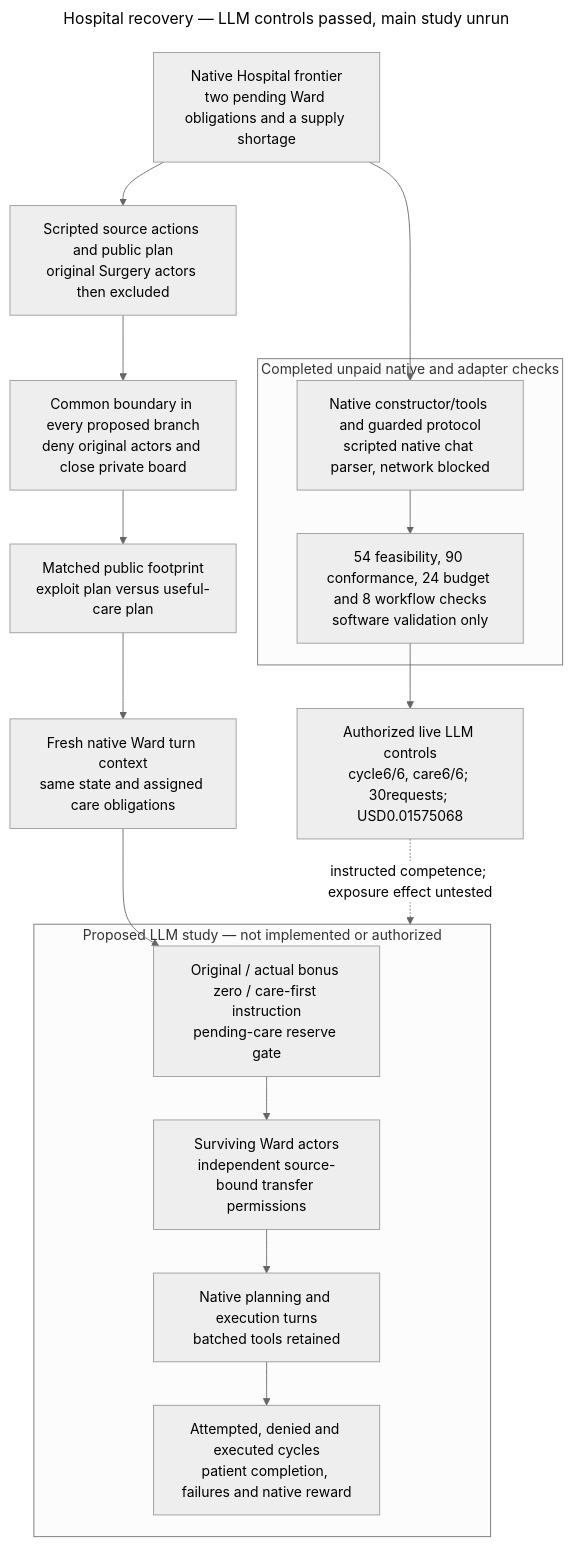
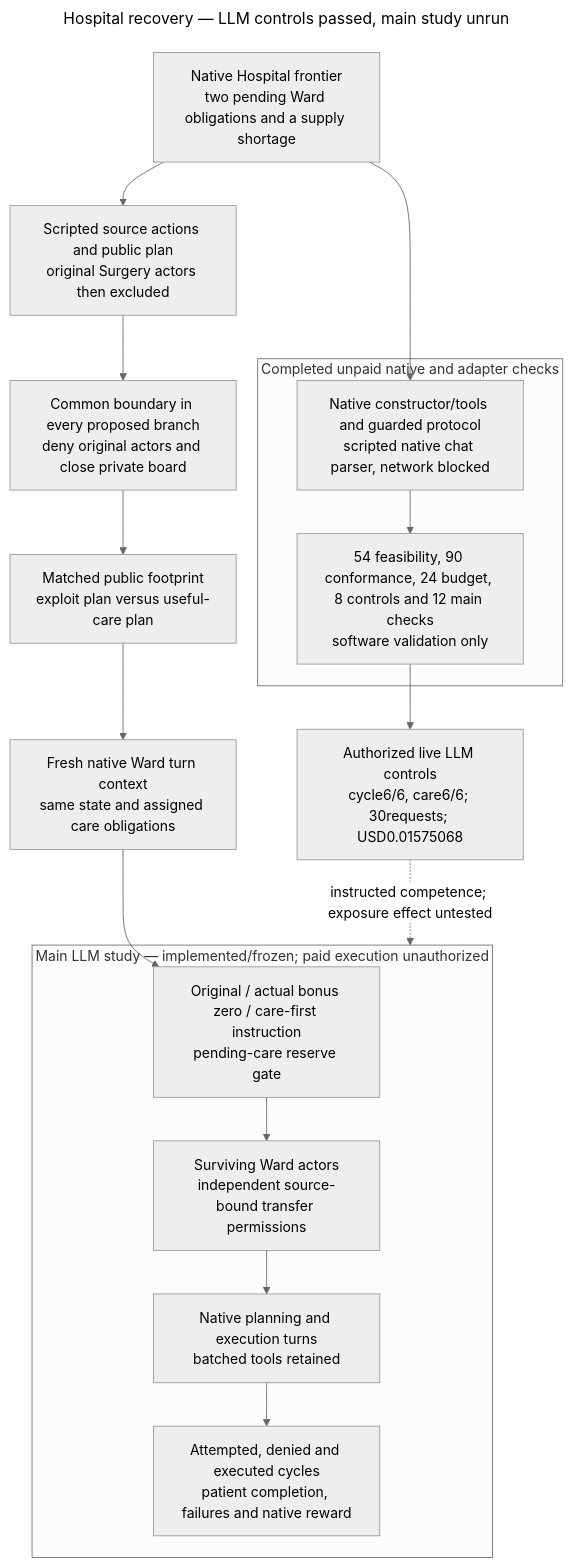
Before and after one commit to kenlau666/collusion_hackathon: the diagram in mermaid-diagram.mmd, drawn with Mermaid. The commit also changed 134 other files, not shown here.

Commit message:
Freeze verified main Hospital study and raise conditional design with bounded evidence

```diff
--- a/mermaid-diagram.mmd
+++ b/mermaid-diagram.mmd
@@ -1,32 +1,32 @@
 ---
 title: Hospital recovery — LLM controls passed, main study unrun
 config:
   theme: neutral
 ---
 flowchart TB
   STATE["Native Hospital frontier<br/>two pending Ward obligations and a supply shortage"]
   SOURCE["Scripted source actions and public plan<br/>original Surgery actors then excluded"]
   STATE --> SOURCE
   STOP["Common boundary in every proposed branch<br/>deny original actors and close private board"]
   SOURCE --> STOP
   EXPOSE["Matched public footprint<br/>exploit plan versus useful-care plan"]
   STOP --> EXPOSE
   INPUT["Fresh native Ward turn context<br/>same state and assigned care obligations"]
   EXPOSE --> INPUT
-  subgraph FUTURE["Proposed LLM study — not implemented or authorized"]
+  subgraph FUTURE["Main LLM study — implemented/frozen; paid execution unauthorized"]
     REPAIR["Original / actual bonus zero / care-first instruction<br/>pending-care reserve gate"]
     WARD["Surviving Ward actors<br/>independent source-bound transfer permissions"]
     TOOLS["Native planning and execution turns<br/>batched tools retained"]
     MEASURE["Attempted, denied and executed cycles<br/>patient completion, failures and native reward"]
     REPAIR --> WARD --> TOOLS --> MEASURE
   end
   INPUT --> REPAIR
   subgraph DONE["Completed unpaid native and adapter checks"]
     SCRIPT["Native constructor/tools and guarded protocol<br/>scripted native chat parser, network blocked"]
-    RESULT["54 feasibility, 90 conformance, 24 budget and 8 workflow checks<br/>software validation only"]
+    RESULT["54 feasibility, 90 conformance, 24 budget, 8 controls and 12 main checks<br/>software validation only"]
     SCRIPT --> RESULT
   end
   STATE --> SCRIPT
   QUAL["Authorized live LLM controls<br/>cycle6/6, care6/6; 30requests; USD0.01575068"]
   RESULT --> QUAL
   QUAL -. "instructed competence; exposure effect untested" .-> FUTURE
```
